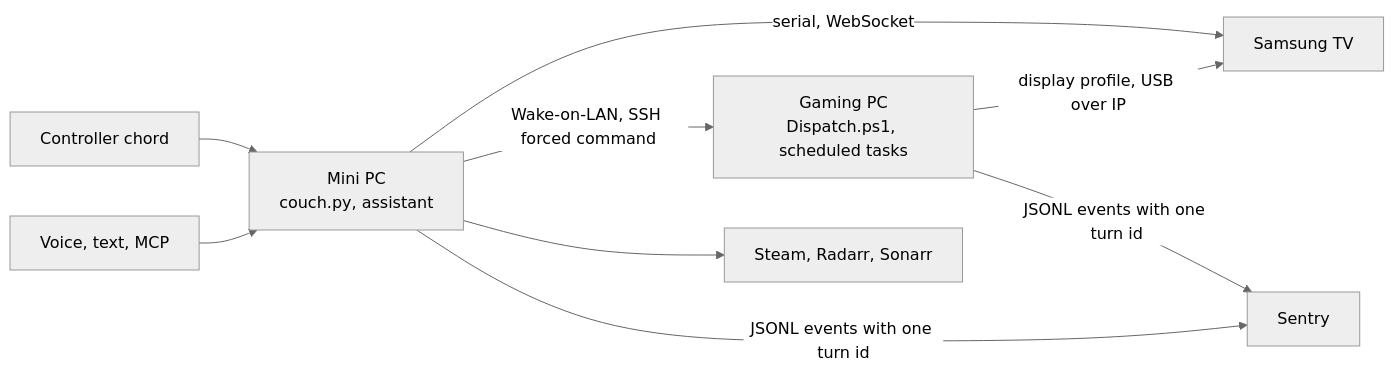
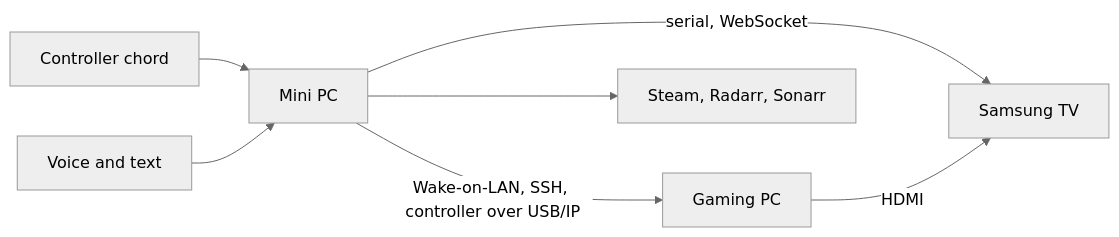
One commit to trillville/slopstation changed the diagram in README.md. Above: the diagram before and after it, drawn with Mermaid (neutral theme). The commit also changed other lines of this file, not shown here.

First line of the commit message:
README: a plainer diagram, and drop the highlights section

````diff
--- a/README.md
+++ b/README.md
@@ -18,10 +18,9 @@
 ```mermaid
 flowchart LR
-    chord[Controller chord] --> k15
-    voice[Voice, text, MCP] --> k15
-    k15[Mini PC<br/>couch.py, assistant] -->|serial, WebSocket| tv[Samsung TV]
-    k15 -->|Wake-on-LAN, SSH forced command| pc[Gaming PC<br/>Dispatch.ps1, scheduled tasks]
-    pc -->|display profile, USB over IP| tv
-    k15 --> media[Steam, Radarr, Sonarr]
-    k15 & pc -->|JSONL events with one turn id| sentry[Sentry]
+    chord[Controller chord] --> mini[Mini PC]
+    voice[Voice and text] --> mini
+    mini -->|serial, WebSocket| tv[Samsung TV]
+    mini -->|Wake-on-LAN, SSH, controller over USB/IP| pc[Gaming PC]
+    pc -->|HDMI| tv
+    mini --> media[Steam, Radarr, Sonarr]
 ```
````
